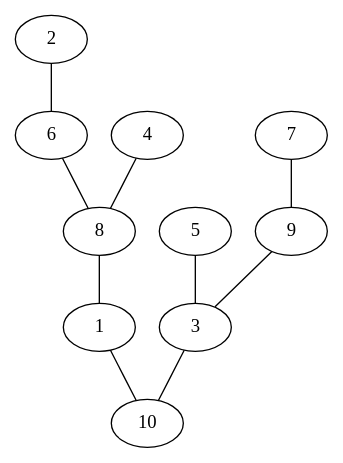
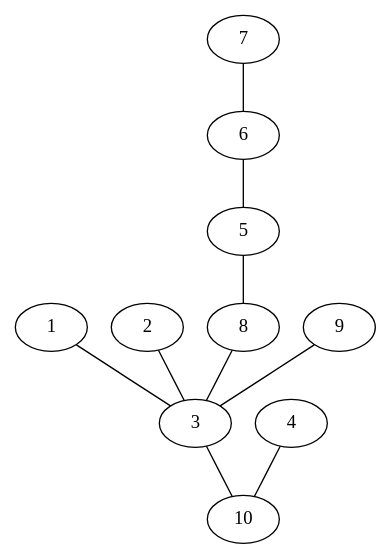
The diagram in tree.dot (wequalwo/searchInGraph), drawn with Graphviz before and after one commit. The commit also changed 4 other files, not shown here.

```diff
--- a/tree.dot
+++ b/tree.dot
@@ -1,11 +1,11 @@
 graph G {
-    2 -- 6;
-    4 -- 8;
-    5 -- 3;
-    6 -- 8;
-    7 -- 9;
-    8 -- 1;
-    1 -- 10;
+    1 -- 3;
+    2 -- 3;
+    4 -- 10;
+    7 -- 6;
+    6 -- 5;
+    5 -- 8;
+    8 -- 3;
     9 -- 3;
     3 -- 10;
 }
```
